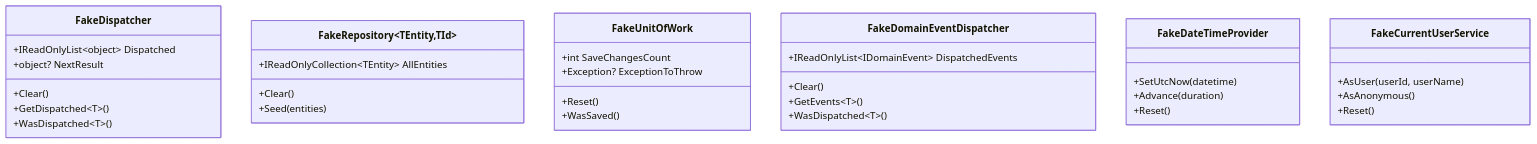
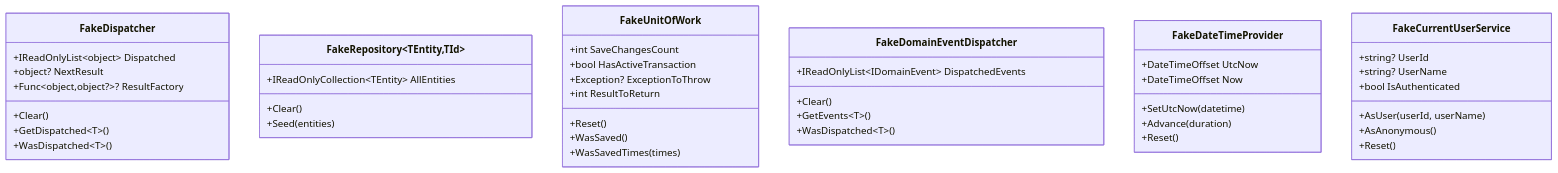
One commit to PhoenixWyllow/LunaArch changed the diagram in docs/architecture/testing.md. Above: the diagram before and after it, drawn with Mermaid. The commit also changed other lines of this file and 3 other files, not shown here.

Commit message:
update architecture docs

````diff
--- a/docs/architecture/testing.md
+++ b/docs/architecture/testing.md
@@ -21,42 +21,51 @@
 ```mermaid
 classDiagram
     class FakeDispatcher {
         +IReadOnlyList~object~ Dispatched
         +object? NextResult
+        +Func~object,object?~? ResultFactory
         +Clear()
         +GetDispatched~T~()
         +WasDispatched~T~()
     }
 
     class FakeRepository~TEntity,TId~ {
         +IReadOnlyCollection~TEntity~ AllEntities
         +Clear()
         +Seed(entities)
     }
 
     class FakeUnitOfWork {
         +int SaveChangesCount
+        +bool HasActiveTransaction
         +Exception? ExceptionToThrow
+        +int ResultToReturn
         +Reset()
         +WasSaved()
+        +WasSavedTimes(times)
     }
 
     class FakeDomainEventDispatcher {
         +IReadOnlyList~IDomainEvent~ DispatchedEvents
         +Clear()
         +GetEvents~T~()
         +WasDispatched~T~()
     }
 
     class FakeDateTimeProvider {
+        +DateTimeOffset UtcNow
+        +DateTimeOffset Now
         +SetUtcNow(datetime)
         +Advance(duration)
         +Reset()
     }
 
     class FakeCurrentUserService {
+        +string? UserId
+        +string? UserName
+        +bool IsAuthenticated
         +AsUser(userId, userName)
         +AsAnonymous()
         +Reset()
     }
 ```
````
